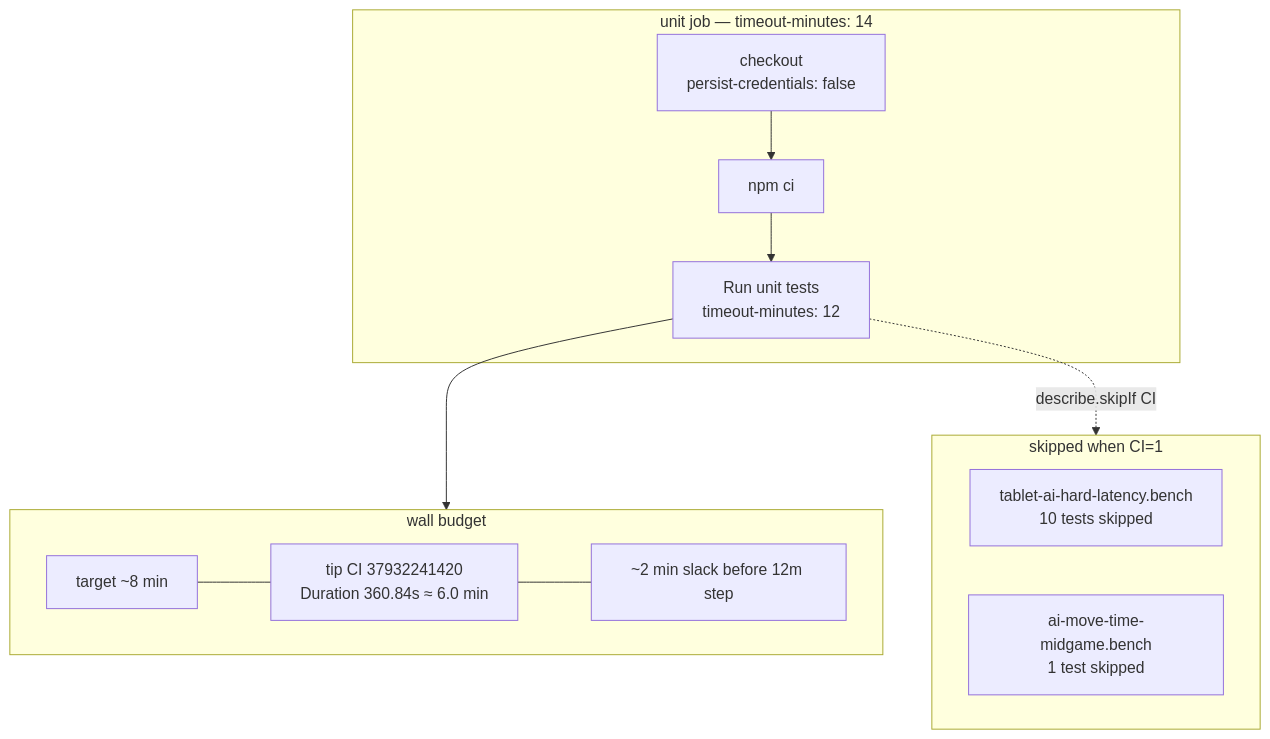
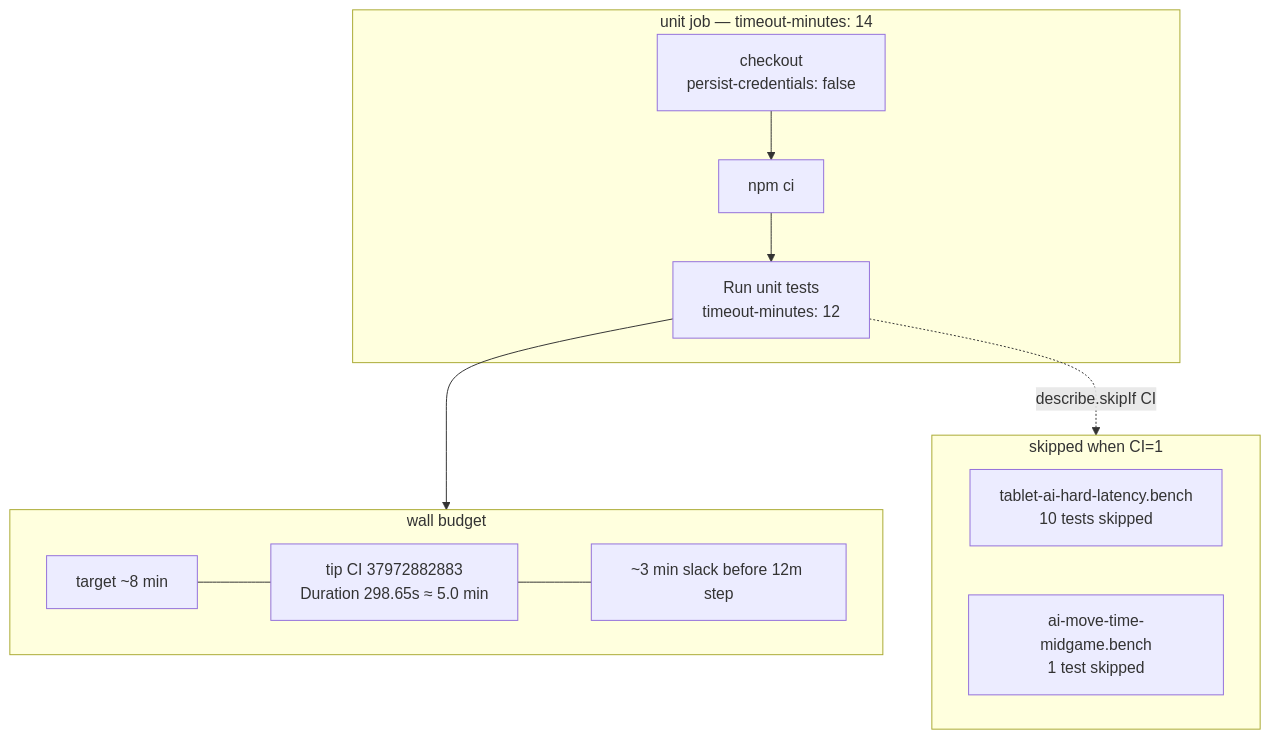
The diagram in docs/wiki/ci-unit-budget.md (fuzzywigg/math-pentathlon), drawn with Mermaid before and after one commit. The commit also changed other lines of this file and 63 other files, not shown here.

````diff
--- a/docs/wiki/ci-unit-budget.md
+++ b/docs/wiki/ci-unit-budget.md
@@ -32,24 +32,24 @@
 ```mermaid
 flowchart TB
   subgraph job ["unit job — timeout-minutes: 14"]
     co["checkout<br/>persist-credentials: false"]
     ci["npm ci"]
     step["Run unit tests<br/>timeout-minutes: 12"]
     co --> ci --> step
   end
 
   subgraph budget ["wall budget"]
     target["target ~8 min"]
-    observed["tip CI 37932241420<br/>Duration 360.84s ≈ 6.0 min"]
-    slack["~2 min slack before 12m step"]
+    observed["tip CI 37972882883<br/>Duration 298.65s ≈ 5.0 min"]
+    slack["~3 min slack before 12m step"]
     target --- observed --- slack
   end
 
   subgraph skip ["skipped when CI=1"]
     t["tablet-ai-hard-latency.bench<br/>10 tests skipped"]
     m["ai-move-time-midgame.bench<br/>1 test skipped"]
   end
 
   step --> budget
   step -.->|describe.skipIf CI| skip
 ```
````
